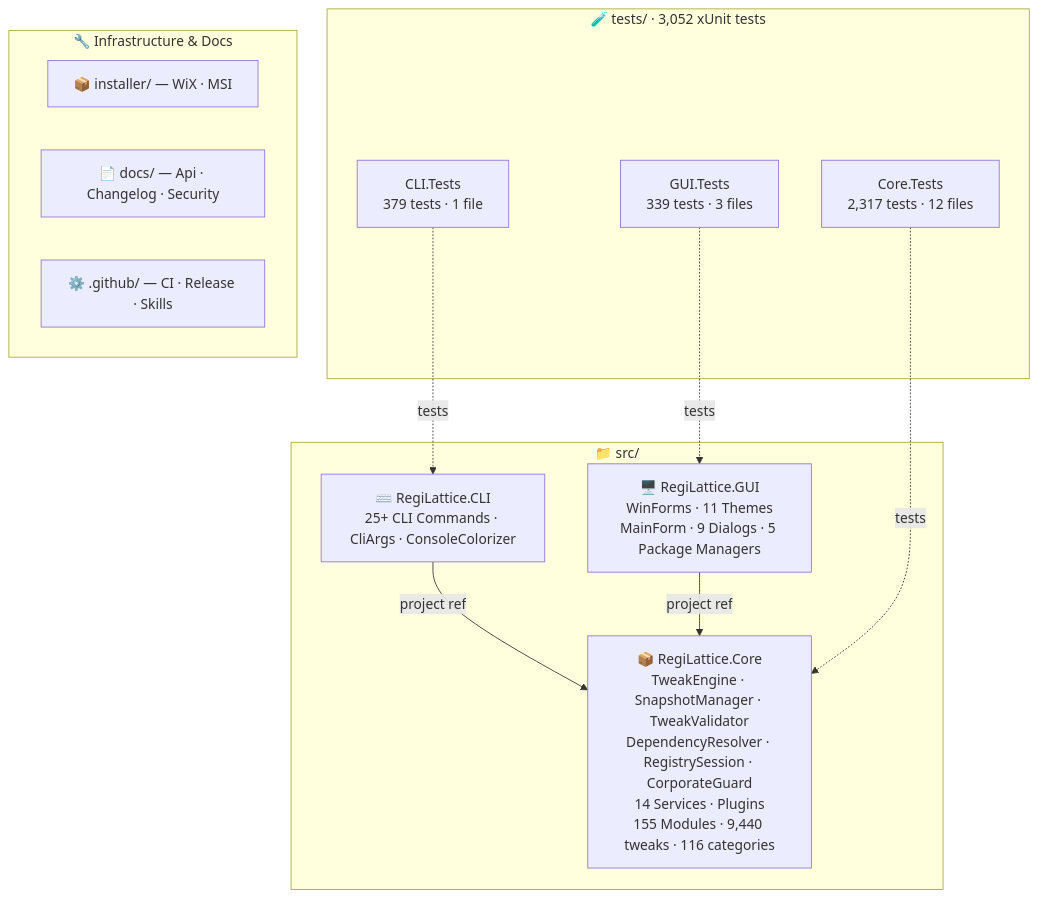
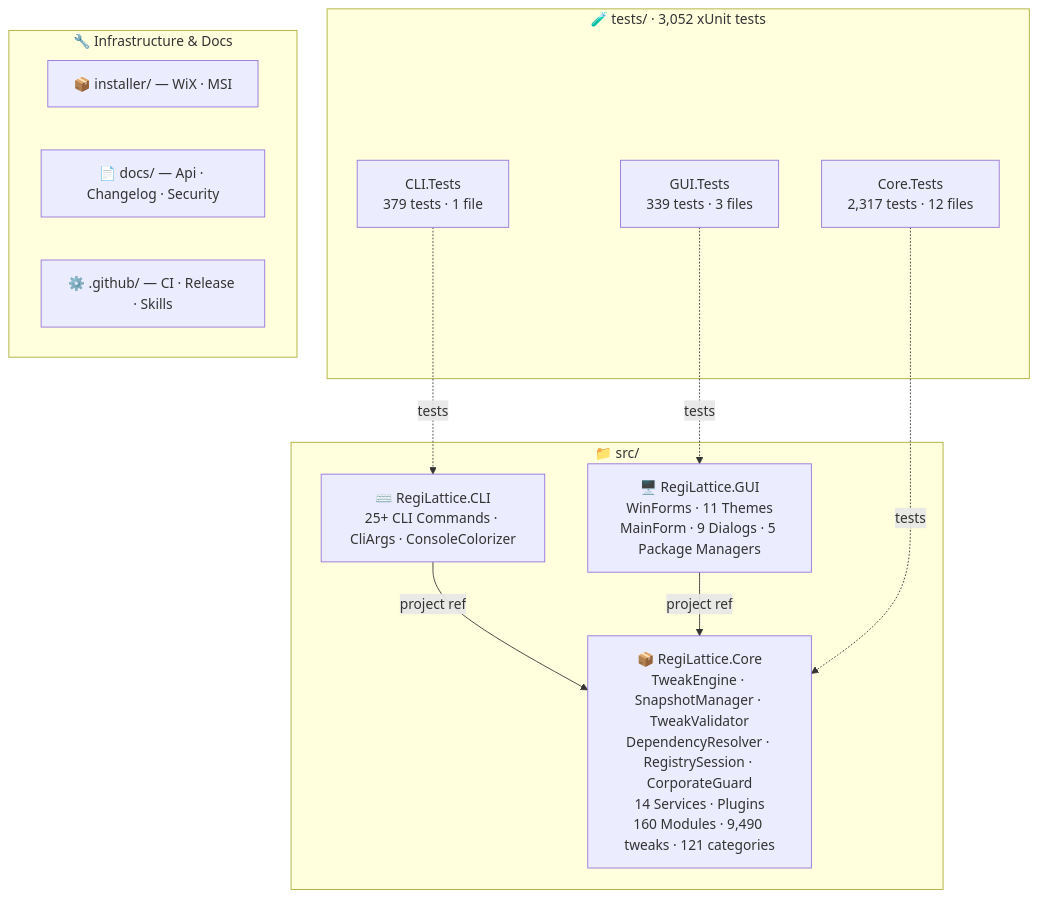
Before and after one commit to RajwanYair/RegiLattice: the second of 2 diagrams in README.md, drawn with Mermaid. The commit also changed other lines of this file and 15 other files, not shown here.

````diff
--- a/README.md
+++ b/README.md
@@ -255,26 +255,26 @@
 ```mermaid
 graph TD
     subgraph SRC["📁 src/"]
-        CORE["📦 RegiLattice.Core<br/>TweakEngine · SnapshotManager · TweakValidator<br/>DependencyResolver · RegistrySession · CorporateGuard<br/>14 Services · Plugins<br/>155 Modules · 9,440 tweaks · 116 categories"]
+        CORE["📦 RegiLattice.Core<br/>TweakEngine · SnapshotManager · TweakValidator<br/>DependencyResolver · RegistrySession · CorporateGuard<br/>14 Services · Plugins<br/>160 Modules · 9,490 tweaks · 121 categories"]
         GUI["🖥️ RegiLattice.GUI<br/>WinForms · 11 Themes<br/>MainForm · 9 Dialogs · 5 Package Managers"]
         CLI["⌨️ RegiLattice.CLI<br/>25+ CLI Commands · CliArgs · ConsoleColorizer"]
     end
 
     subgraph TST["🧪 tests/  ·  3,052 xUnit tests"]
         CT["Core.Tests<br/>2,317 tests · 12 files"]
         CLT["CLI.Tests<br/>379 tests · 1 file"]
         GT["GUI.Tests<br/>339 tests · 3 files"]
     end
 
     subgraph INFRA["🔧 Infrastructure & Docs"]
         INST["📦 installer/ — WiX · MSI"]
         DOCS["📄 docs/ — Api · Changelog · Security"]
         GH["⚙️ .github/ — CI · Release · Skills"]
     end
 
     CLI -->|project ref| CORE
     GUI -->|project ref| CORE
     CT -.->|tests| CORE
     CLT -.->|tests| CLI
     GT -.->|tests| GUI
 ```
````
